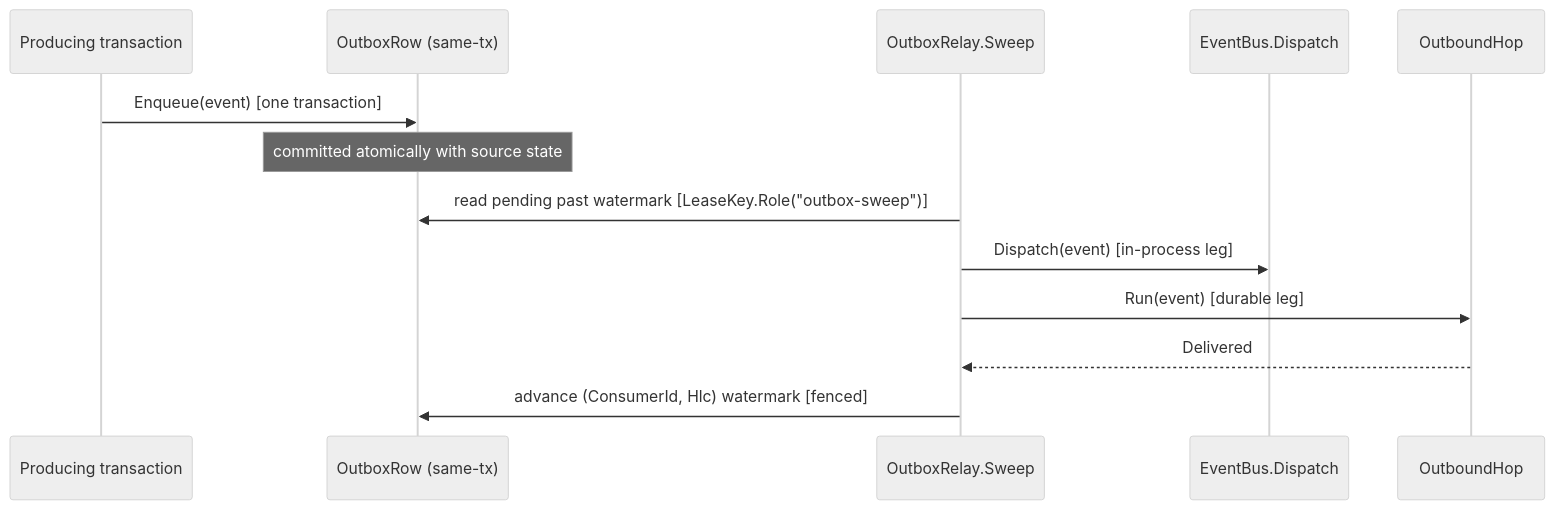
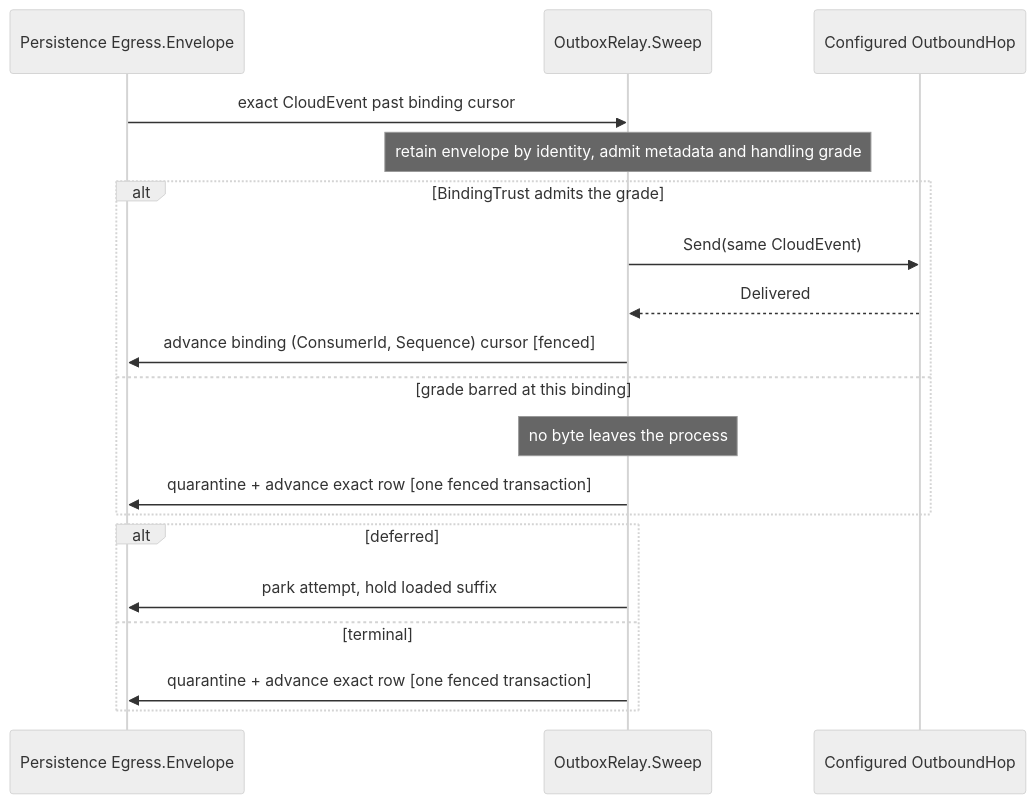
One commit to bsamiee/Rasm changed the diagram in libs/csharp/Rasm.AppHost/.planning/Wire/outbox.md. Above: the diagram before and after it, drawn with Mermaid (neutral theme). The commit also changed other lines of this file and 820 other files, not shown here.

````diff
--- a/libs/csharp/Rasm.AppHost/.planning/Wire/outbox.md
+++ b/libs/csharp/Rasm.AppHost/.planning/Wire/outbox.md
@@ -490,17 +450,23 @@
 ```mermaid
 sequenceDiagram
     accTitle: Transactional outbox dispatch and watermark advance
-    accDescr: A producing transaction enqueueing an event atomically with source state, the relay sweep reading past the watermark under the role lease and dispatching the in-process and durable legs, and the fenced watermark advancing only after delivery while a failed relay settles on the kernel re-drive verdict.
-    participant Tx as Producing transaction
-    participant Outbox as OutboxRow (same-tx)
+    accDescr: Persistence mints one CloudEvent from the committed op-log entry, the relay grades its dataclassification against the dialled binding's trust before sending that same envelope through the configured hop, and the fenced binding cursor advances only after settlement.
+    participant Store as Persistence Egress.Envelope
     participant Sweep as OutboxRelay.Sweep
-    participant Bus as EventBus.Dispatch
-    participant Hop as OutboundHop
-    Tx->>Outbox: Enqueue(event) [one transaction]
-    Note over Outbox: committed atomically with source state
-    Sweep->>Outbox: read pending past watermark [LeaseKey.Role("outbox-sweep")]
-    Sweep->>Bus: Dispatch(event) [in-process leg]
-    Sweep->>Hop: Run(event) [durable leg]
-    Hop-->>Sweep: Delivered
-    Sweep->>Outbox: advance (ConsumerId, Hlc) watermark [fenced]
+    participant Hop as Configured OutboundHop
+    Store->>Sweep: exact CloudEvent past binding cursor
+    Note over Sweep: retain envelope by identity, admit metadata and handling grade
+    alt BindingTrust admits the grade
+        Sweep->>Hop: Send(same CloudEvent)
+        Hop-->>Sweep: Delivered
+        Sweep->>Store: advance binding (ConsumerId, Sequence) cursor [fenced]
+    else grade barred at this binding
+        Note over Sweep: no byte leaves the process
+        Sweep->>Store: quarantine + advance exact row [one fenced transaction]
+    end
+    alt deferred
+        Sweep->>Store: park attempt, hold loaded suffix
+    else terminal
+        Sweep->>Store: quarantine + advance exact row [one fenced transaction]
+    end
 ```
````
